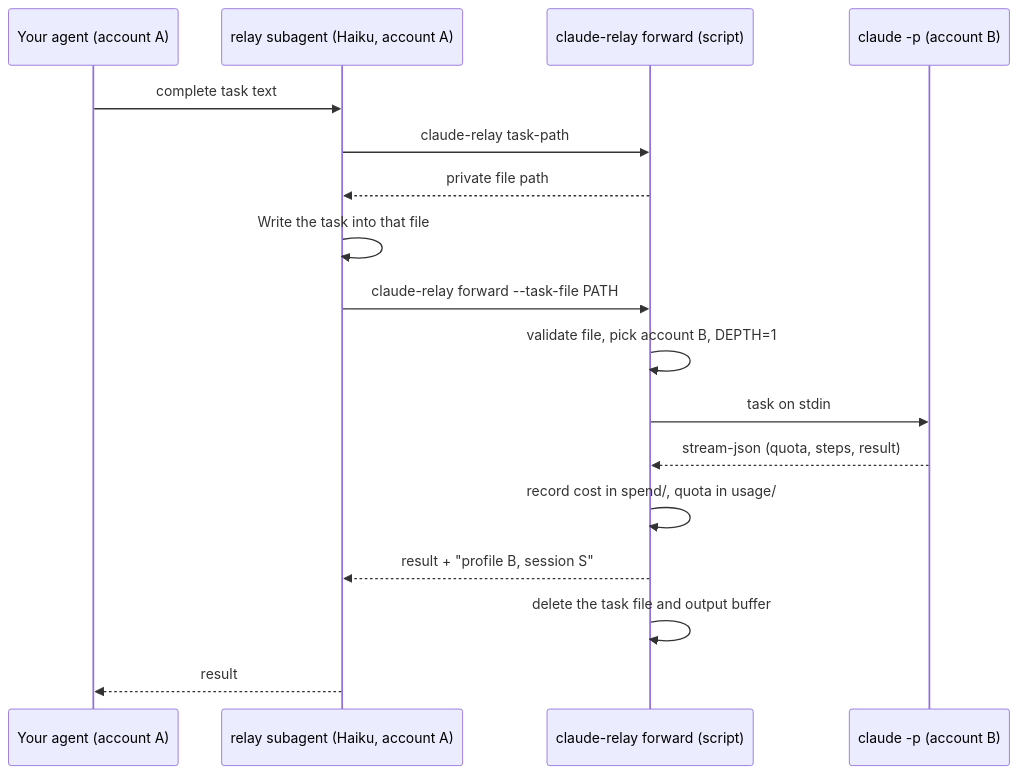
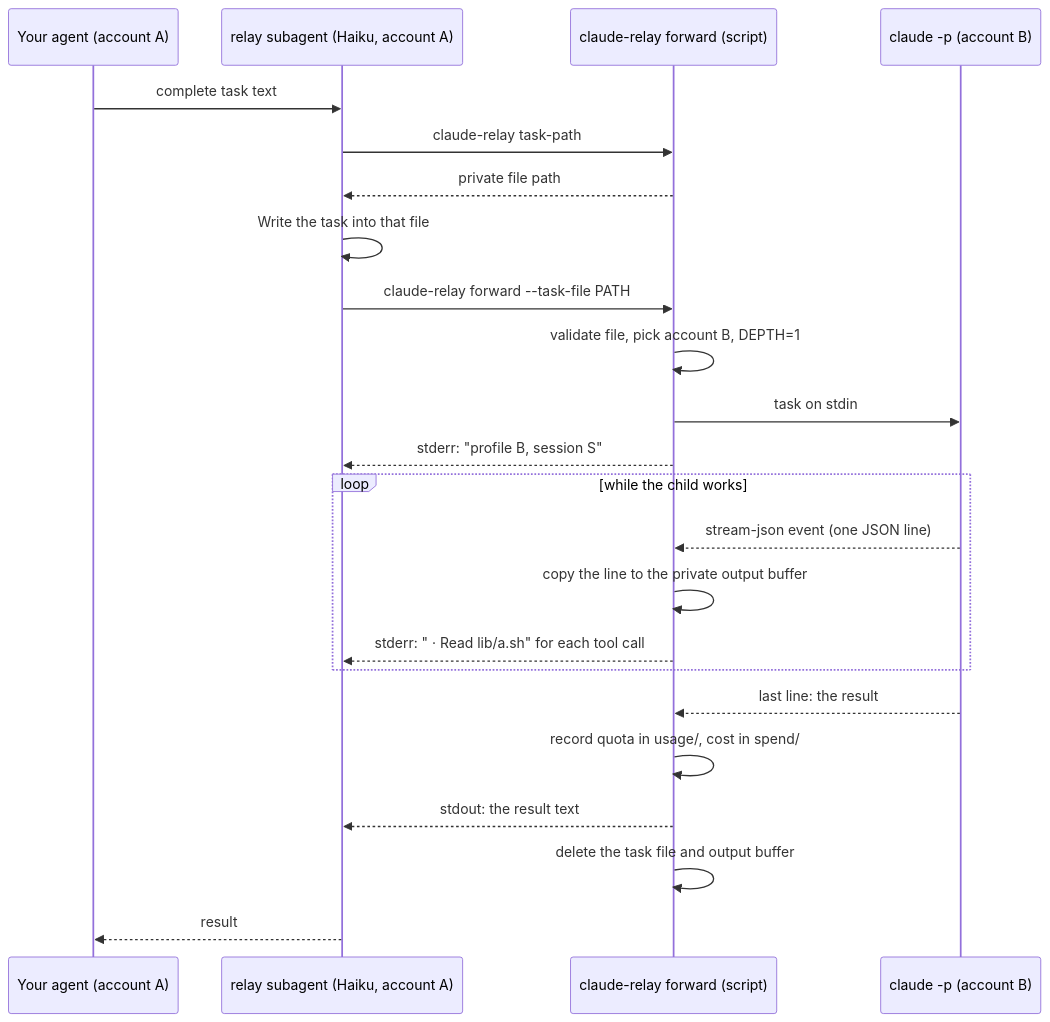
The third of 4 diagrams in docs/HOW-IT-WORKS.md (nahimdhaney/claude-relay), drawn with Mermaid before and after one commit. The commit also changed other lines of this file and 10 other files, not shown here.

````diff
--- a/docs/HOW-IT-WORKS.md
+++ b/docs/HOW-IT-WORKS.md
@@ -128,19 +128,25 @@
 ```mermaid
 sequenceDiagram
   participant M as Your agent (account A)
   participant R as relay subagent (Haiku, account A)
   participant F as claude-relay forward (script)
   participant C as claude -p (account B)
   M->>R: complete task text
   R->>F: claude-relay task-path
   F-->>R: private file path
   R->>R: Write the task into that file
   R->>F: claude-relay forward --task-file PATH
   F->>F: validate file, pick account B, DEPTH=1
   F->>C: task on stdin
-  C-->>F: stream-json (quota, steps, result)
-  F->>F: record cost in spend/, quota in usage/
-  F-->>R: result + "profile B, session S"
+  F-->>R: stderr: "profile B, session S"
+  loop while the child works
+    C-->>F: stream-json event (one JSON line)
+    F->>F: copy the line to the private output buffer
+    F-->>R: stderr: "  · Read lib/a.sh" for each tool call
+  end
+  C-->>F: last line: the result
+  F->>F: record quota in usage/, cost in spend/
+  F-->>R: stdout: the result text
   F->>F: delete the task file and output buffer
   R-->>M: result
 ```
````
